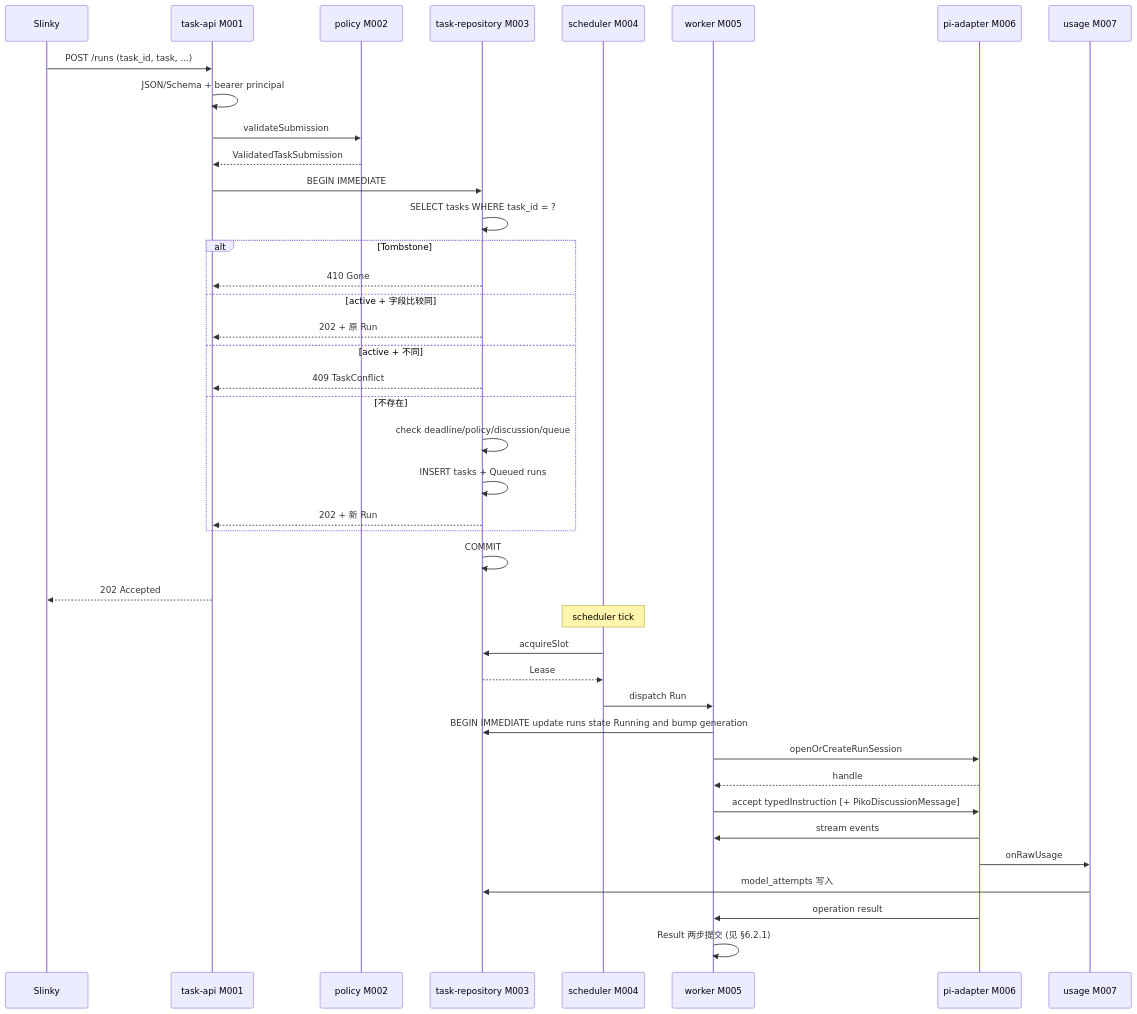
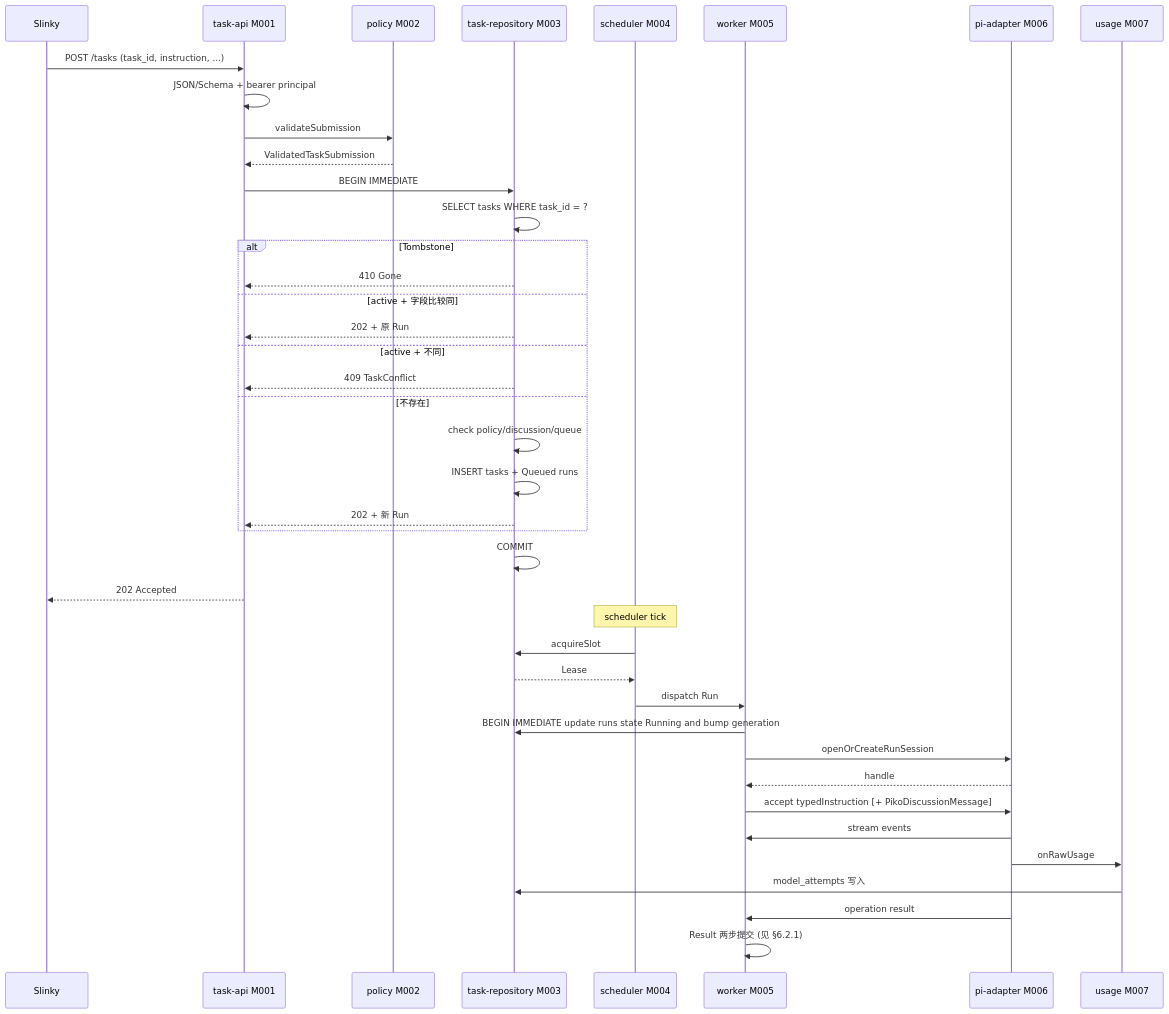
One commit to corezilla/piko changed the sixth of 10 diagrams in docs/20_system_design/piko-system-design.md. Above: the diagram before and after it, drawn with Mermaid. The commit also changed other lines of this file and 22 other files, not shown here.

````diff
--- a/docs/20_system_design/piko-system-design.md
+++ b/docs/20_system_design/piko-system-design.md
@@ -456,45 +513,45 @@
 ```mermaid
 sequenceDiagram
   participant S as Slinky
   participant API as task-api M001
   participant POL as policy M002
   participant Repo as task-repository M003
   participant Sch as scheduler M004
   participant W as worker M005
   participant PI as pi-adapter M006
   participant Use as usage M007
 
-  S->>API: POST /runs (task_id, task, ...)
+  S->>API: POST /tasks (task_id, instruction, ...)
   API->>API: JSON/Schema + bearer principal
   API->>POL: validateSubmission
   POL-->>API: ValidatedTaskSubmission
   API->>Repo: BEGIN IMMEDIATE
   Repo->>Repo: SELECT tasks WHERE task_id = ?
   alt Tombstone
     Repo-->>API: 410 Gone
   else active + 字段比较同
     Repo-->>API: 202 + 原 Run
   else active + 不同
     Repo-->>API: 409 TaskConflict
   else 不存在
-    Repo->>Repo: check deadline/policy/discussion/queue
+    Repo->>Repo: check policy/discussion/queue
     Repo->>Repo: INSERT tasks + Queued runs
     Repo-->>API: 202 + 新 Run
   end
   Repo->>Repo: COMMIT
   API-->>S: 202 Accepted
 
   Note over Sch: scheduler tick
   Sch->>Repo: acquireSlot
   Repo-->>Sch: Lease
   Sch->>W: dispatch Run
   W->>Repo: BEGIN IMMEDIATE update runs state Running and bump generation
   W->>PI: openOrCreateRunSession
   PI-->>W: handle
   W->>PI: accept typedInstruction [+ PikoDiscussionMessage]
   PI->>W: stream events
   PI->>Use: onRawUsage
   Use->>Repo: model_attempts 写入
   PI->>W: operation result
   W->>W: Result 两步提交 (见 §6.2.1)
 ```
````
